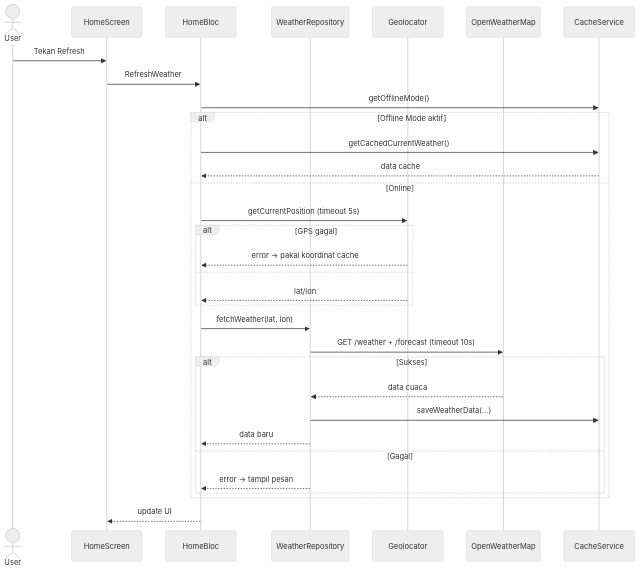
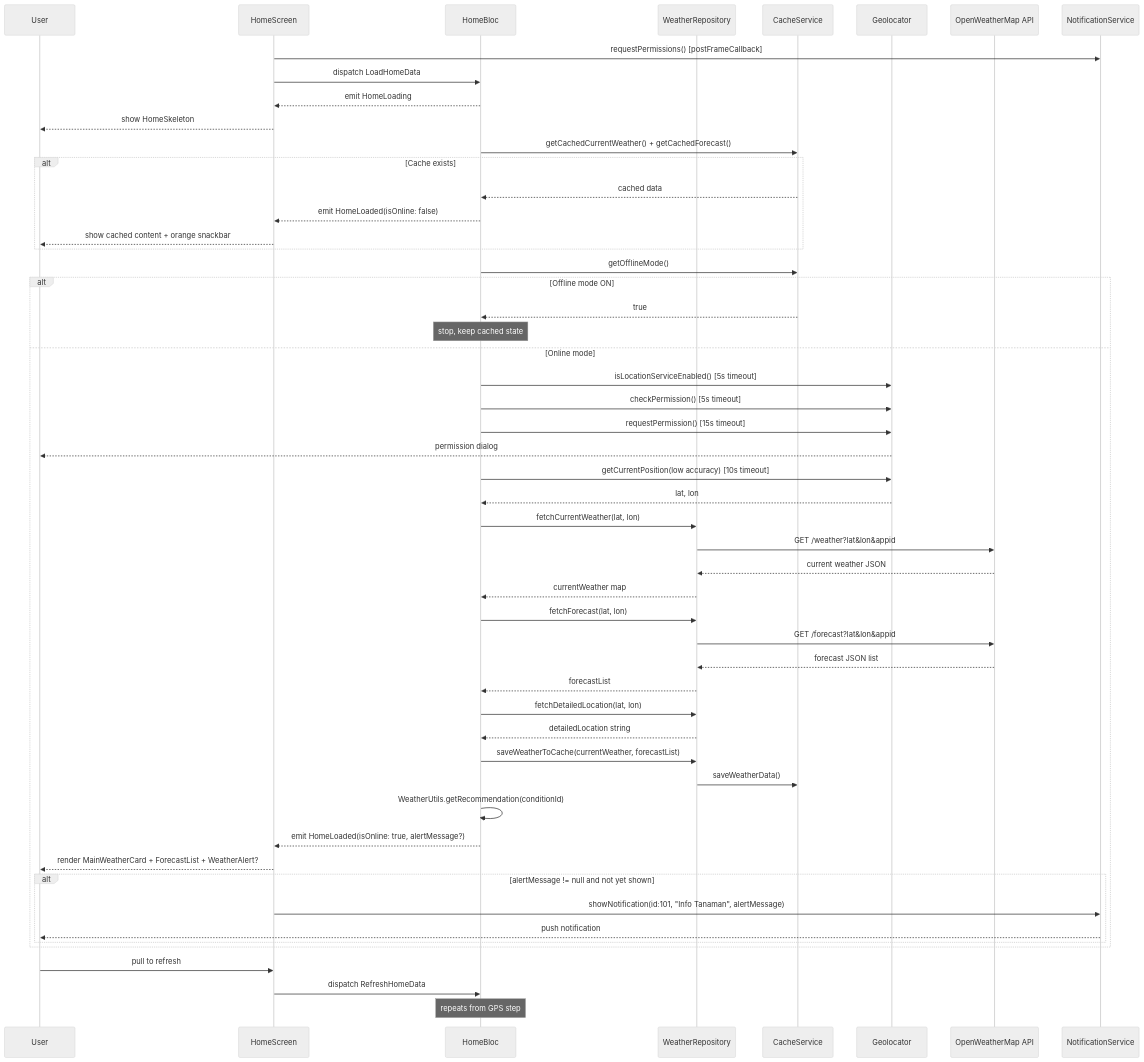
One commit to AffanShz/Petani-Maju-V.2 changed the sixth of 14 diagrams in docs/SEQUENCE_DIAGRAM.md. Above: the diagram before and after it, drawn with Mermaid (neutral theme). The commit also changed other lines of this file and 2 other files, not shown here.

Commit message:
docs: update system architecture and activity diagrams

````diff
--- a/docs/SEQUENCE_DIAGRAM.md
+++ b/docs/SEQUENCE_DIAGRAM.md
@@ -149,35 +217,65 @@
 ```mermaid
 sequenceDiagram
-    actor User
-    participant UI as HomeScreen
-    participant Bloc as HomeBloc
-    participant Repo as WeatherRepository
-    participant Geo as Geolocator
-    participant API as OpenWeatherMap
-    participant Cache as CacheService
+    participant U as User
+    participant HS as HomeScreen
+    participant HB as HomeBloc
+    participant WR as WeatherRepository
+    participant CS as CacheService
+    participant GPS as Geolocator
+    participant OWM as OpenWeatherMap API
+    participant NS as NotificationService
 
-    User->>UI: Tekan Refresh
-    UI->>Bloc: RefreshWeather
-    Bloc->>Cache: getOfflineMode()
-    alt Offline Mode aktif
-        Bloc->>Cache: getCachedCurrentWeather()
-        Cache-->>Bloc: data cache
-    else Online
-        Bloc->>Geo: getCurrentPosition (timeout 5s)
-        alt GPS gagal
-            Geo-->>Bloc: error → pakai koordinat cache
-        else
-            Geo-->>Bloc: lat/lon
-        end
-        Bloc->>Repo: fetchWeather(lat, lon)
-        Repo->>API: GET /weather + /forecast (timeout 10s)
-        alt Sukses
-            API-->>Repo: data cuaca
-            Repo->>Cache: saveWeatherData(...)
-            Repo-->>Bloc: data baru
-        else Gagal
-            Repo-->>Bloc: error → tampil pesan
+    HS->>NS: requestPermissions() [postFrameCallback]
+    HS->>HB: dispatch LoadHomeData
+    HB-->>HS: emit HomeLoading
+    HS-->>U: show HomeSkeleton
+
+    HB->>CS: getCachedCurrentWeather() + getCachedForecast()
+    alt Cache exists
+        CS-->>HB: cached data
+        HB-->>HS: emit HomeLoaded(isOnline: false)
+        HS-->>U: show cached content + orange snackbar
+    end
+
+    HB->>CS: getOfflineMode()
+    alt Offline mode ON
+        CS-->>HB: true
+        Note over HB: stop, keep cached state
+    else Online mode
+        HB->>GPS: isLocationServiceEnabled() [5s timeout]
+        HB->>GPS: checkPermission() [5s timeout]
+        HB->>GPS: requestPermission() [15s timeout]
+        GPS-->>U: permission dialog
+        HB->>GPS: getCurrentPosition(low accuracy) [10s timeout]
+        GPS-->>HB: lat, lon
+
+        HB->>WR: fetchCurrentWeather(lat, lon)
+        WR->>OWM: GET /weather?lat&lon&appid
+        OWM-->>WR: current weather JSON
+        WR-->>HB: currentWeather map
+
+        HB->>WR: fetchForecast(lat, lon)
+        WR->>OWM: GET /forecast?lat&lon&appid
+        OWM-->>WR: forecast JSON list
+        WR-->>HB: forecastList
+
+        HB->>WR: fetchDetailedLocation(lat, lon)
+        WR-->>HB: detailedLocation string
+
+        HB->>WR: saveWeatherToCache(currentWeather, forecastList)
+        WR->>CS: saveWeatherData()
+
+        HB->>HB: WeatherUtils.getRecommendation(conditionId)
+        HB-->>HS: emit HomeLoaded(isOnline: true, alertMessage?)
+        HS-->>U: render MainWeatherCard + ForecastList + WeatherAlert?
+
+        alt alertMessage != null and not yet shown
+            HS->>NS: showNotification(id:101, "Info Tanaman", alertMessage)
+            NS-->>U: push notification
         end
     end
-    Bloc-->>UI: update UI
+
+    U->>HS: pull to refresh
+    HS->>HB: dispatch RefreshHomeData
+    Note over HB: repeats from GPS step
 ```
````
